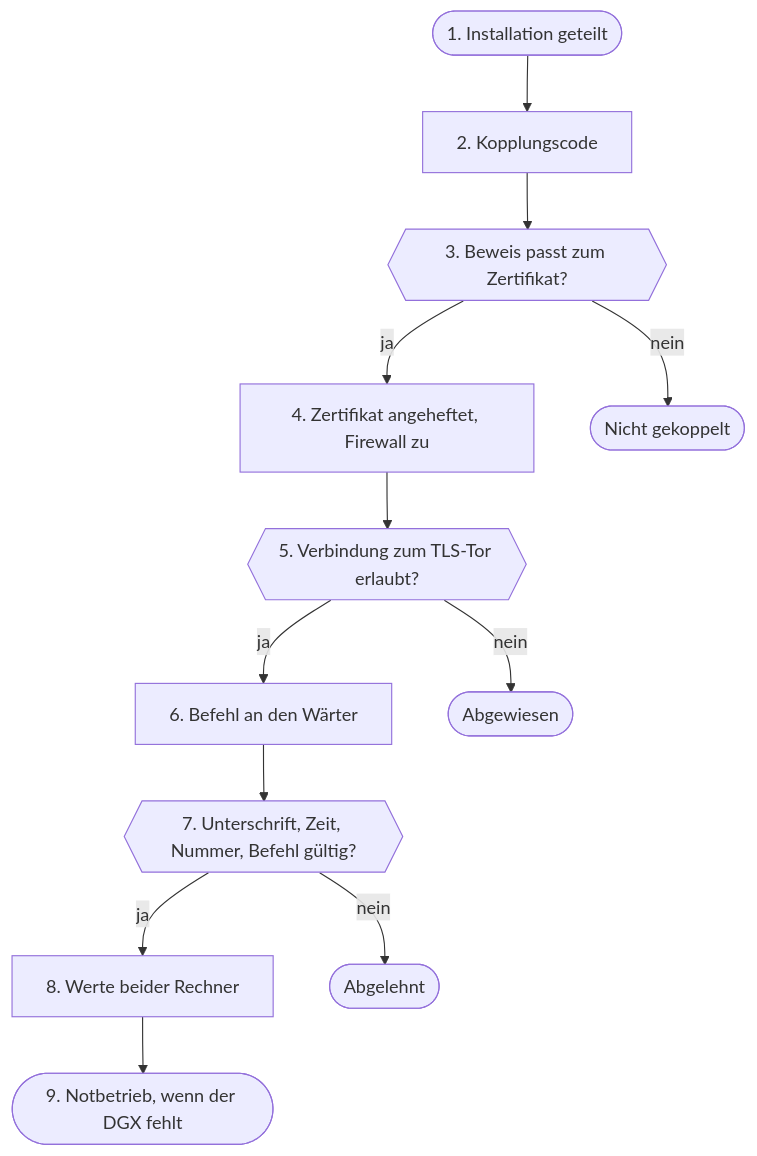
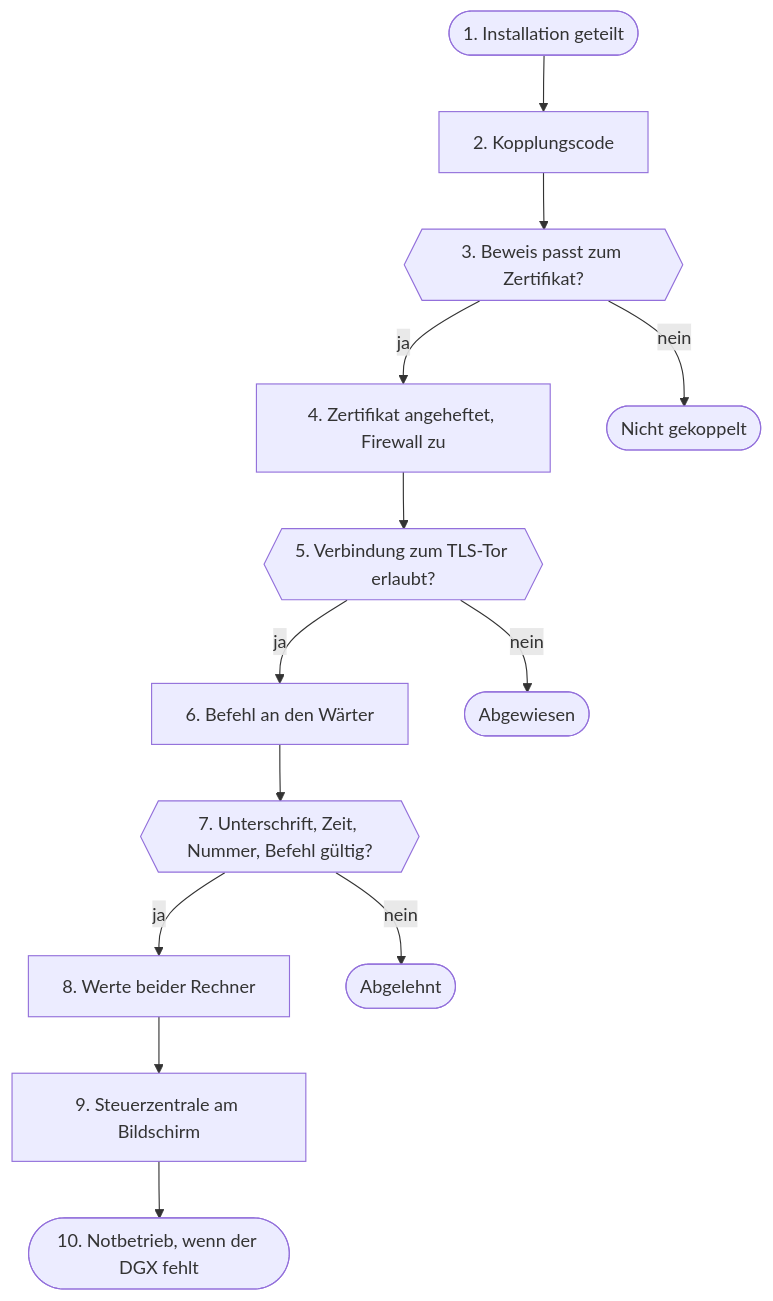
Before and after one commit to db9979/speech-on-dgx-spark: diagram 22 of 26 in docs/de/architektur.md, drawn with Mermaid. The commit also changed other lines of this file and 40 other files, not shown here.

First line of the commit message:
V01.0.682 Steuerzentrale am Bildschirm: der Panel-Rechner zeigt am HDMI-Ausgang alles auf einer Textanzeige

````diff
--- a/docs/de/architektur.md
+++ b/docs/de/architektur.md
@@ -2840,26 +2844,28 @@
 ```mermaid
 flowchart TD
   s1(["1. Installation geteilt"])
   s2["2. Kopplungscode"]
   s3{{"3. Beweis passt zum Zertifikat?"}}
   s4["4. Zertifikat angeheftet, Firewall zu"]
   s5{{"5. Verbindung zum TLS-Tor erlaubt?"}}
   s6["6. Befehl an den Wärter"]
   s7{{"7. Unterschrift, Zeit, Nummer, Befehl gültig?"}}
   s9["8. Werte beider Rechner"]
-  s8(["9. Notbetrieb, wenn der DGX fehlt"])
+  s10["9. Steuerzentrale am Bildschirm"]
+  s8(["10. Notbetrieb, wenn der DGX fehlt"])
   s1 --> s2
   s2 --> s3
   s3 -->|ja| s4
   s4 --> s5
   s5 -->|ja| s6
   s6 --> s7
   s7 -->|ja| s9
-  s9 --> s8
+  s9 --> s10
+  s10 --> s8
   s3x(["Nicht gekoppelt"])
   s3 -->|nein| s3x
   s5x(["Abgewiesen"])
   s5 -->|nein| s5x
   s7x(["Abgelehnt"])
   s7 -->|nein| s7x
 ```
````
